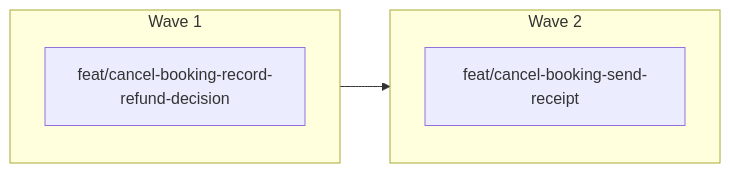
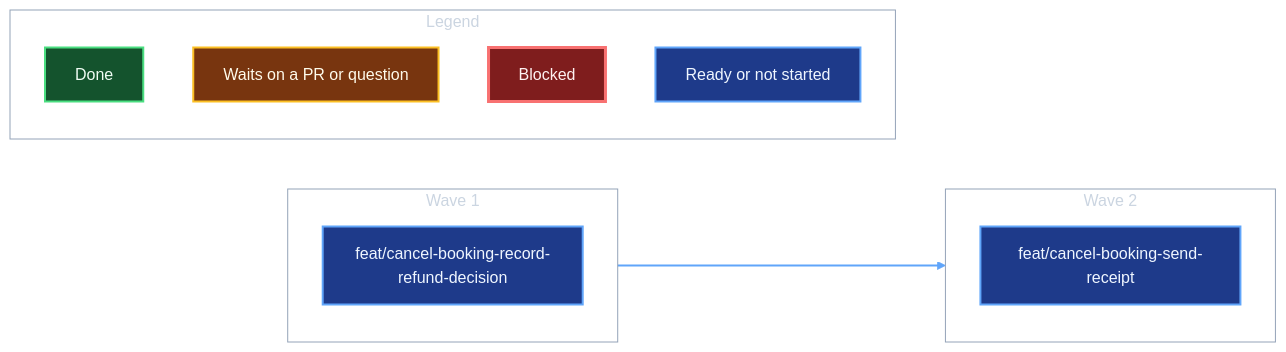
Before and after one commit to Crav1on/crav1-spec-kit: the diagram in scripts/tests/goldens/build-map.md, drawn with Mermaid. The commit also changed 61 other files, not shown here.

````diff
--- a/scripts/tests/goldens/build-map.md
+++ b/scripts/tests/goldens/build-map.md
@@ -7,12 +7,32 @@
 ```mermaid
 flowchart LR
   subgraph w1["Wave 1"]
     direction TB
     b1["feat/cancel-booking-record-refund-decision"]
   end
   subgraph w2["Wave 2"]
     direction TB
     b2["feat/cancel-booking-send-receipt"]
   end
+  subgraph legend["Legend"]
+    direction TB
+    key1["Done"]
+    key2["Waits on a PR or question"]
+    key3["Blocked"]
+    key4["Ready or not started"]
+  end
   b1 --> b2
+  classDef blocked fill:#7f1d1d,stroke:#f87171,stroke-width:3px,color:#fef2f2
+  classDef waiting fill:#78350f,stroke:#fbbf24,stroke-width:2px,color:#fffbeb
+  classDef todo fill:#1e3a8a,stroke:#60a5fa,stroke-width:2px,color:#eff6ff
+  classDef done fill:#14532d,stroke:#4ade80,stroke-width:2px,color:#f0fdf4
+  class key3 blocked
+  class key2 waiting
+  class b1,b2,key4 todo
+  class key1 done
+  style w1 fill:transparent,stroke:#94a3b8,stroke-width:1px,color:#cbd5e1
+  style w2 fill:transparent,stroke:#94a3b8,stroke-width:1px,color:#cbd5e1
+  style legend fill:transparent,stroke:#94a3b8,stroke-width:1px,color:#cbd5e1
+  linkStyle default stroke:#60a5fa,stroke-width:2px
+  linkStyle 0 stroke:#60a5fa,stroke-width:2px
 ```
````
